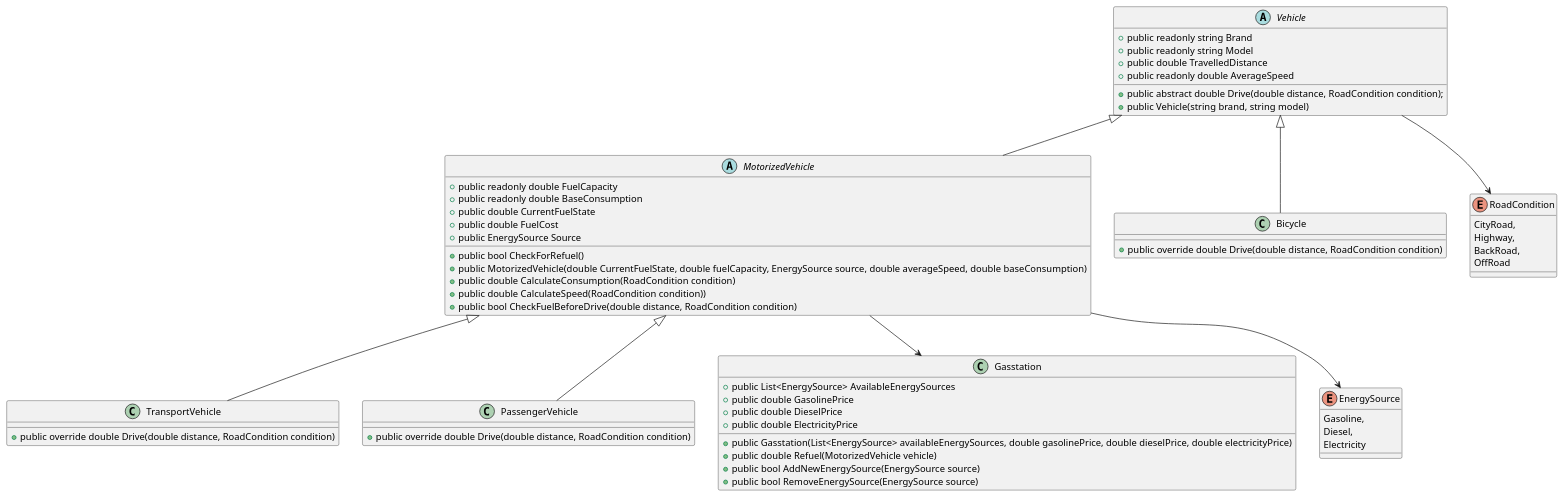
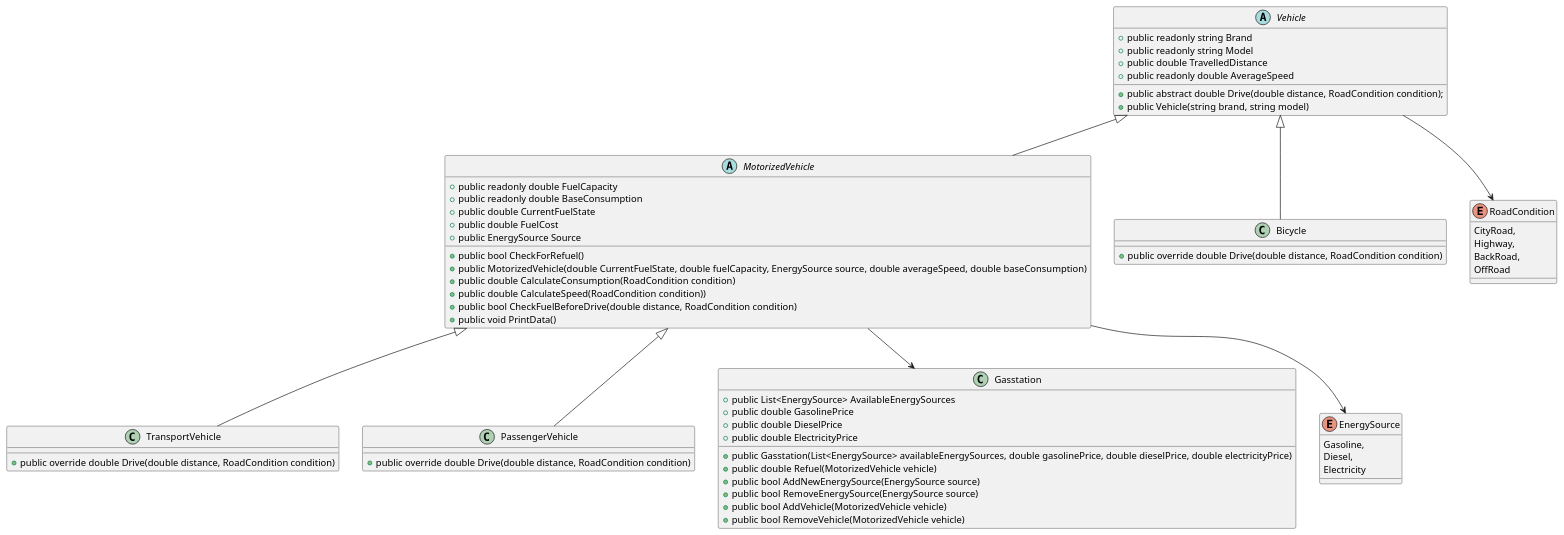
The diagram in vehicles/Model.puml (LParzerhtl/PoseOODPT), drawn with PlantUML before and after one commit. The commit also changed 138 other files, not shown here.

```diff
--- a/vehicles/Model.puml
+++ b/vehicles/Model.puml
@@ -1,88 +1,91 @@
 @startuml
 'https://plantuml.com/sequence-diagram
 
 Vehicle <|-- MotorizedVehicle
 MotorizedVehicle <|-- TransportVehicle
 MotorizedVehicle <|-- PassengerVehicle
 Vehicle <|-- Bicycle
 Vehicle --> RoadCondition
 MotorizedVehicle --> Gasstation
 MotorizedVehicle --> EnergySource
 abstract Vehicle
 {
     +public readonly string Brand
     +public readonly string Model
     +public double TravelledDistance
     +public readonly double AverageSpeed
     
     +public abstract double Drive(double distance, RoadCondition condition);
     +public Vehicle(string brand, string model)
     
 }
 
 class TransportVehicle
 {
    
     +public override double Drive(double distance, RoadCondition condition)
     
     
 }
 
 class PassengerVehicle
 {
     
     
     +public override double Drive(double distance, RoadCondition condition)
     
 }
 
 abstract MotorizedVehicle
 {
     +public readonly double FuelCapacity
     +public readonly double BaseConsumption
     +public double CurrentFuelState
     +public double FuelCost
     +public EnergySource Source
     
     +public bool CheckForRefuel()
     +public MotorizedVehicle(double CurrentFuelState, double fuelCapacity, EnergySource source, double averageSpeed, double baseConsumption)  
     +public double CalculateConsumption(RoadCondition condition)
     +public double CalculateSpeed(RoadCondition condition))
     +public bool CheckFuelBeforeDrive(double distance, RoadCondition condition)
+    +public void PrintData()
     
 }
 
 class Bicycle
 {
     +public override double Drive(double distance, RoadCondition condition)
 }
 
 enum RoadCondition
 {
     CityRoad,
     Highway,
     BackRoad,
     OffRoad
 }
 
 class Gasstation
 {
     +public List<EnergySource> AvailableEnergySources
     +public double GasolinePrice
     +public double DieselPrice
     +public double ElectricityPrice
     
     +public Gasstation(List<EnergySource> availableEnergySources, double gasolinePrice, double dieselPrice, double electricityPrice)
     +public double Refuel(MotorizedVehicle vehicle)
     +public bool AddNewEnergySource(EnergySource source)
     +public bool RemoveEnergySource(EnergySource source)
+    +public bool AddVehicle(MotorizedVehicle vehicle)
+    +public bool RemoveVehicle(MotorizedVehicle vehicle)
     
 }
 
 enum EnergySource
 {
     Gasoline,
     Diesel,
     Electricity
 }
 @enduml
```
